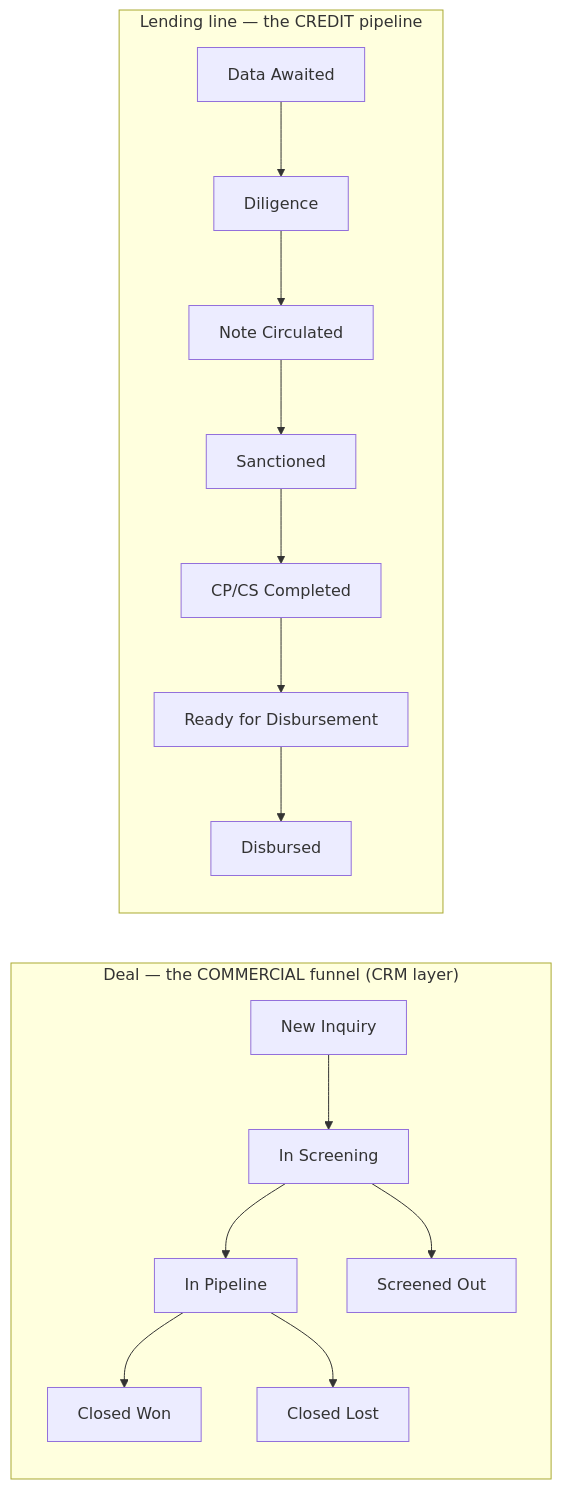
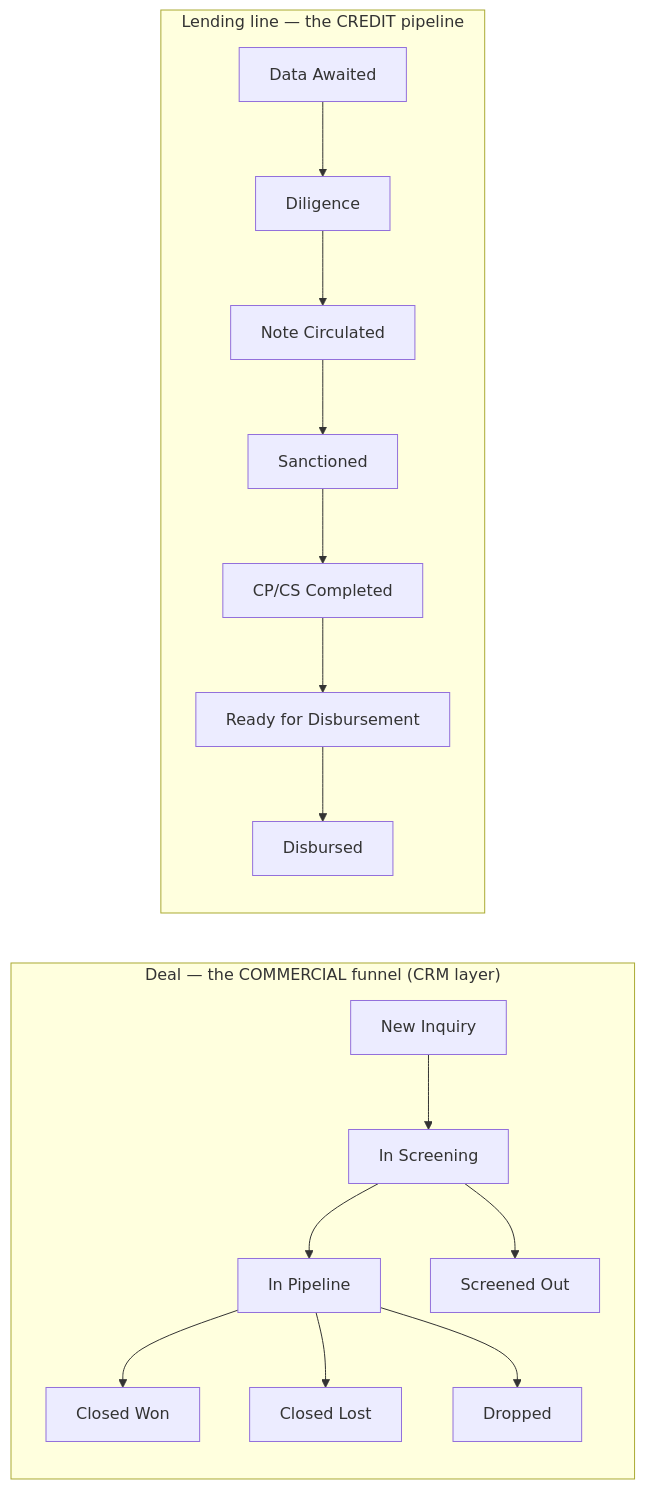
Before and after one commit to shashikanth-vh/vox: the first of 10 diagrams in docs/handbook/04-RUNNING-FLOWS.md, drawn with Mermaid. The commit also changed other lines of this file and 8 other files, not shown here.

````diff
--- a/docs/handbook/04-RUNNING-FLOWS.md
+++ b/docs/handbook/04-RUNNING-FLOWS.md
@@ -16,12 +16,13 @@
 ```mermaid
 flowchart LR
     subgraph funnel["Deal — the COMMERCIAL funnel (CRM layer)"]
         F1["New Inquiry"] --> F2["In Screening"] --> F3["In Pipeline"] --> F4["Closed Won"]
         F3 --> F5["Closed Lost"]
         F2 --> F6["Screened Out"]
+        F3 --> F7["Dropped"]
     end
     subgraph credit["Lending line — the CREDIT pipeline"]
         C1["Data Awaited"] --> C2["Diligence"] --> C3["Note Circulated"] --> C4["Sanctioned"]
         C4 --> C5["CP/CS Completed"] --> C6["Ready for Disbursement"] --> C7["Disbursed"]
     end
 ```
````
